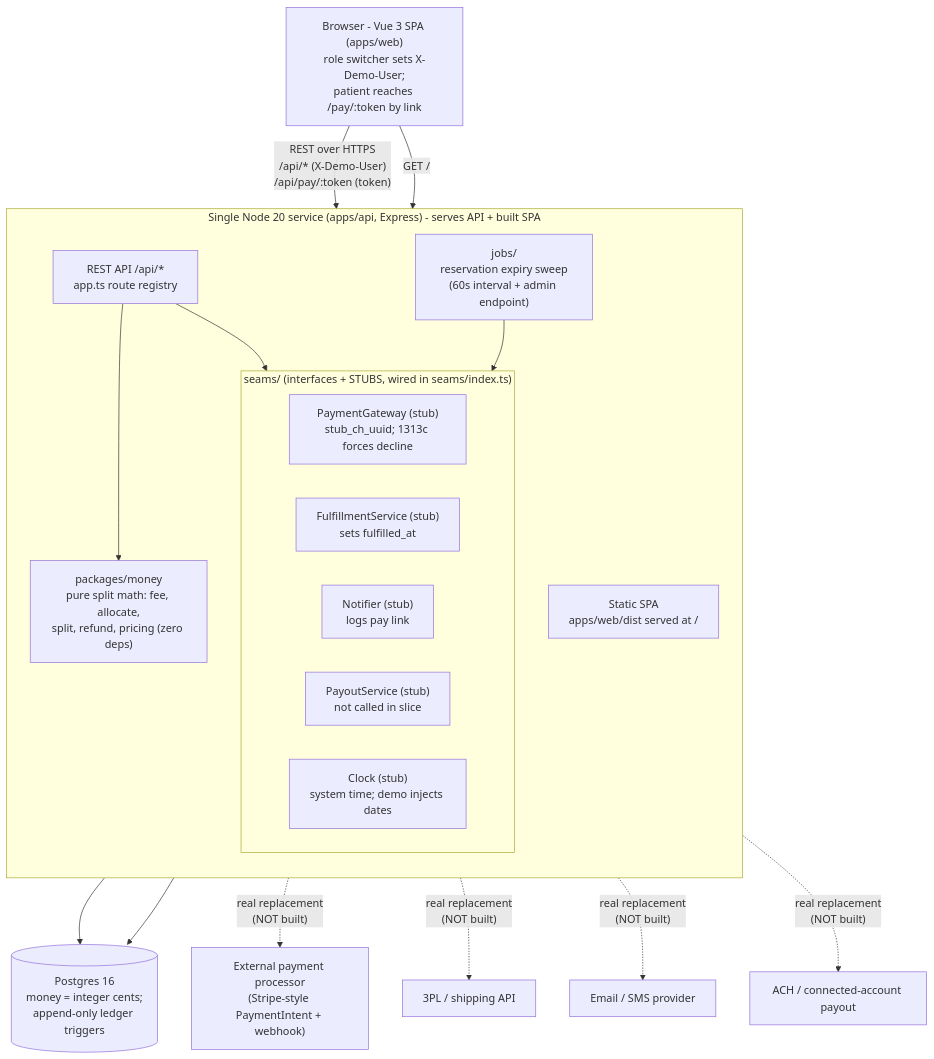
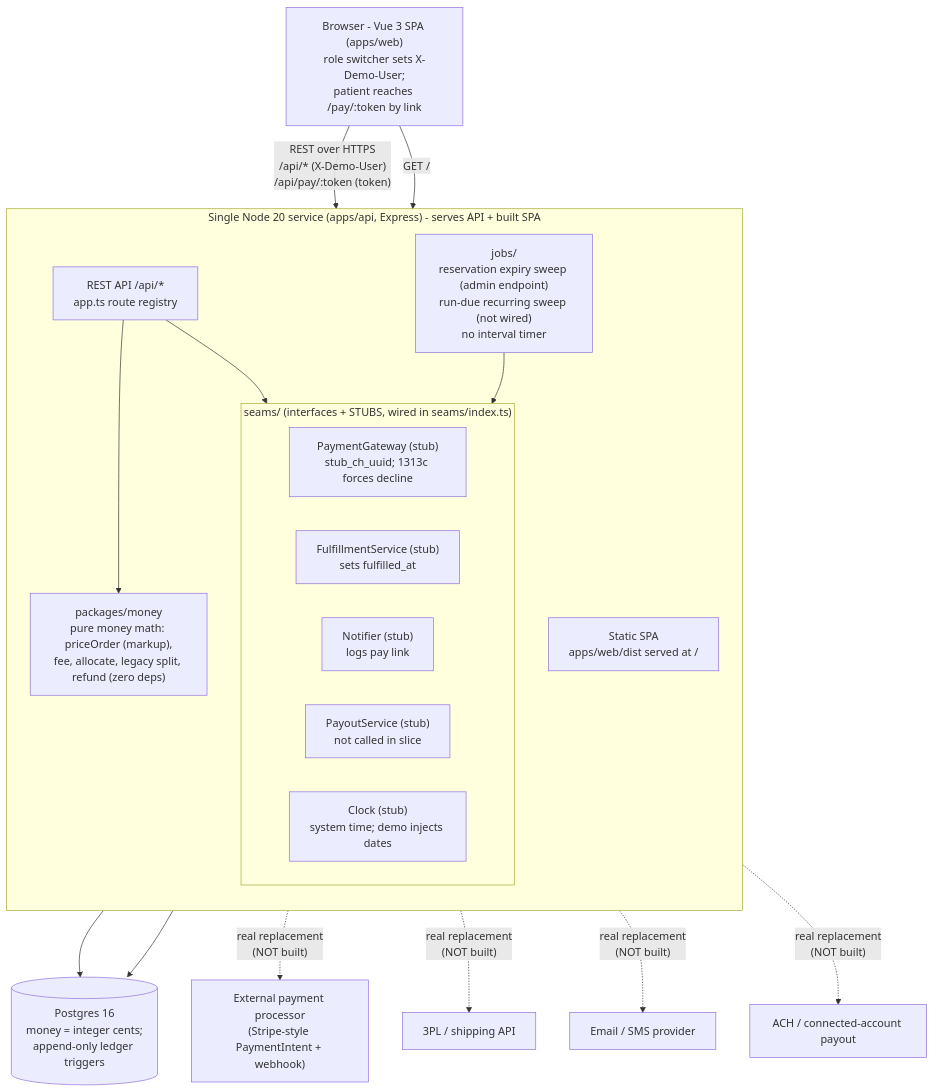
One commit to debudash/supplementstore-online changed the first of 9 diagrams in docs/DIAGRAMS.md. Above: the diagram before and after it, drawn with Mermaid. The commit also changed other lines of this file and 22 other files, not shown here.

````diff
--- a/docs/DIAGRAMS.md
+++ b/docs/DIAGRAMS.md
@@ -22,40 +21,40 @@
 ```mermaid
 flowchart TB
   browser["Browser - Vue 3 SPA (apps/web)<br/>role switcher sets X-Demo-User;<br/>patient reaches /pay/:token by link"]
 
   subgraph service["Single Node 20 service (apps/api, Express) - serves API + built SPA"]
     direction TB
     spa["Static SPA<br/>apps/web/dist served at /"]
     api["REST API /api/*<br/>app.ts route registry"]
-    money["packages/money<br/>pure split math: fee, allocate,<br/>split, refund, pricing (zero deps)"]
-    jobs["jobs/<br/>reservation expiry sweep<br/>(60s interval + admin endpoint)"]
+    money["packages/money<br/>pure money math: priceOrder (markup),<br/>fee, allocate, legacy split, refund (zero deps)"]
+    jobs["jobs/<br/>reservation expiry sweep (admin endpoint)<br/>run-due recurring sweep (not wired)<br/>no interval timer"]
     subgraph seams["seams/ (interfaces + STUBS, wired in seams/index.ts)"]
       direction LR
       pg["PaymentGateway (stub)<br/>stub_ch_uuid; 1313c forces decline"]
       fs["FulfillmentService (stub)<br/>sets fulfilled_at"]
       nt["Notifier (stub)<br/>logs pay link"]
       po["PayoutService (stub)<br/>not called in slice"]
       ck["Clock (stub)<br/>system time; demo injects dates"]
     end
     api --> money
     api --> seams
     jobs --> seams
   end
 
   pgx["External payment processor<br/>(Stripe-style PaymentIntent + webhook)"]
   fx["3PL / shipping API"]
   nx["Email / SMS provider"]
   px["ACH / connected-account payout"]
 
   db[("Postgres 16<br/>money = integer cents;<br/>append-only ledger triggers")]
 
   browser -- "REST over HTTPS<br/>/api/* (X-Demo-User)<br/>/api/pay/:token (token)" --> api
   browser -- "GET /" --> spa
   api --> db
   jobs --> db
 
   pg -. "real replacement<br/>(NOT built)" .-> pgx
   fs -. "real replacement<br/>(NOT built)" .-> fx
   nt -. "real replacement<br/>(NOT built)" .-> nx
   po -. "real replacement<br/>(NOT built)" .-> px
 ```
````
